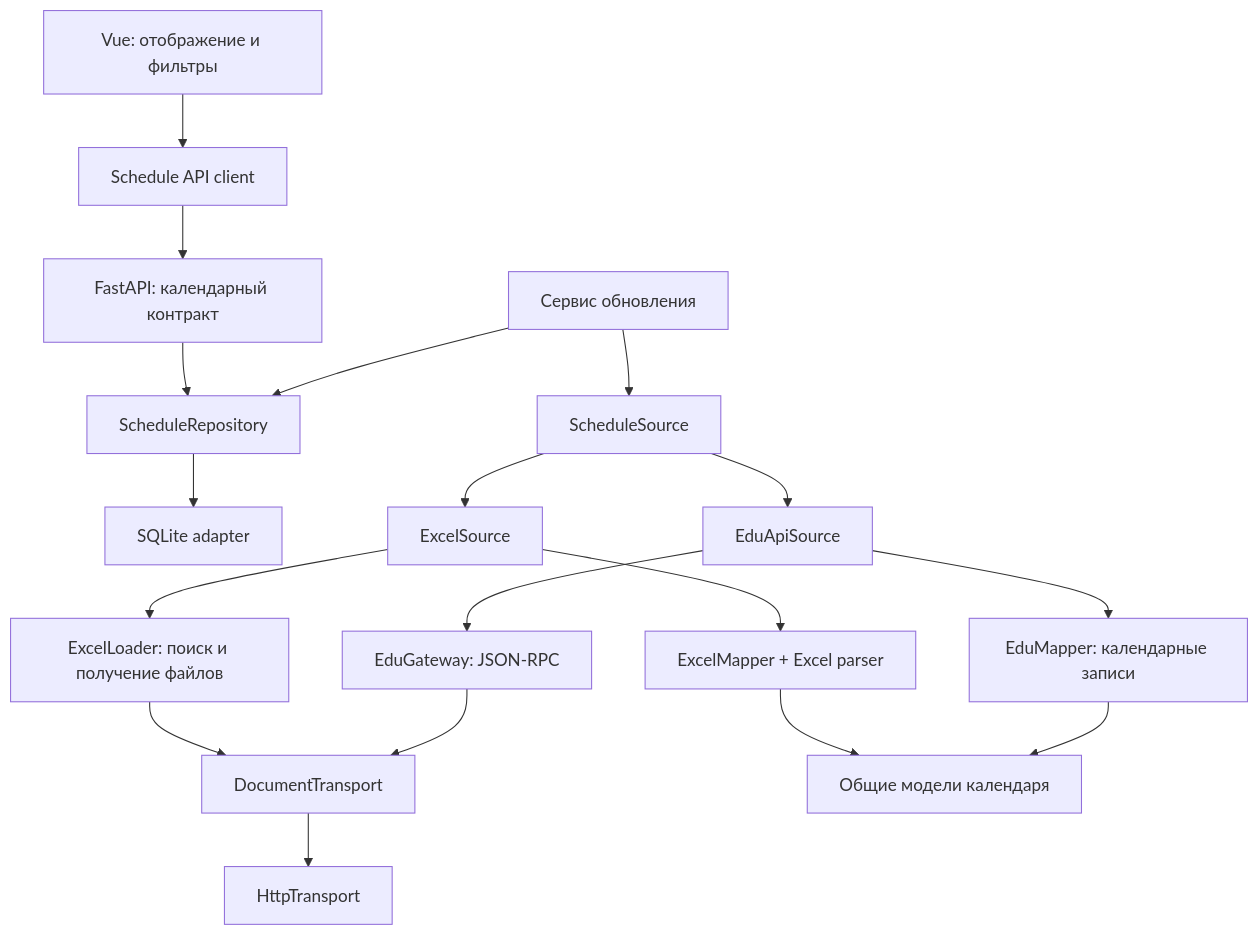
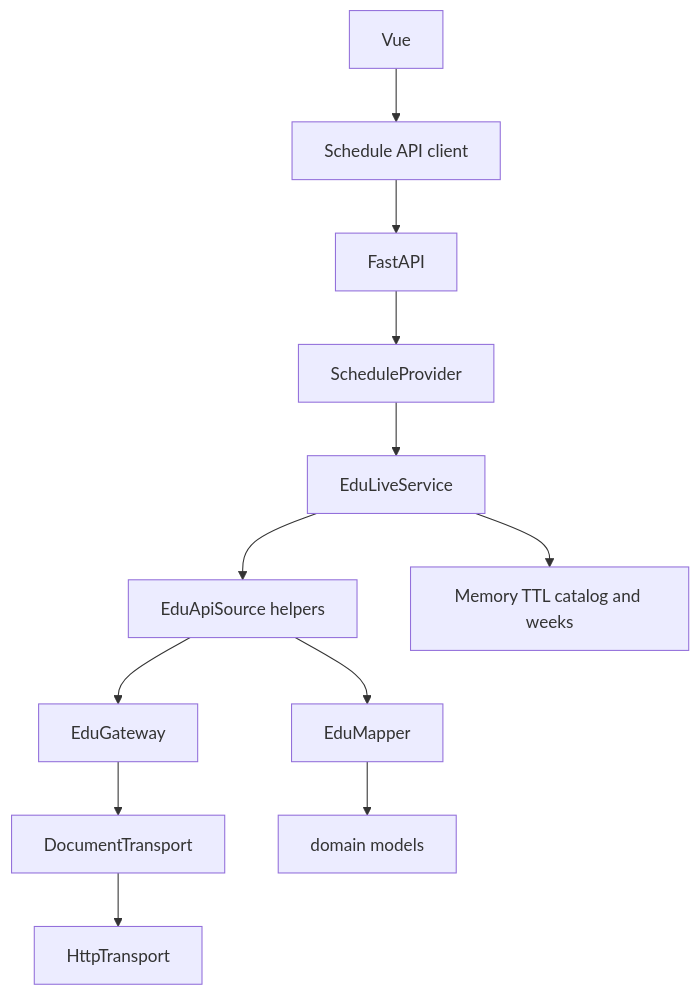
The diagram in docs/architecture.md (XLasel/misisync), drawn with Mermaid before and after one commit. The commit also changed other lines of this file and 30 other files, not shown here.

Commit message:
Refactor schedule source handling to utilize live JSON-RPC from edu.misis.ru, removing Excel adapter and related configurations. Update environment variables and README to reflect changes in data source and caching settings. Clean up unused code and dependencies in backend.

````diff
--- a/docs/architecture.md
+++ b/docs/architecture.md
@@ -5,20 +5,14 @@
 ```mermaid
 flowchart TD
-    UI[Vue: отображение и фильтры] --> Client[Schedule API client]
-    Client --> HTTPAPI[FastAPI: календарный контракт]
-    HTTPAPI --> RepoPort[ScheduleRepository]
-    RepoPort --> SQLite[SQLite adapter]
-    Update[Сервис обновления] --> SourcePort[ScheduleSource]
-    Update --> RepoPort
-    SourcePort --> Excel[ExcelSource]
-    SourcePort --> Edu[EduApiSource]
-    Excel --> Loader[ExcelLoader: поиск и получение файлов]
-    Excel --> ExcelMap[ExcelMapper + Excel parser]
-    Edu --> Gateway[EduGateway: JSON-RPC]
-    Edu --> EduMap[EduMapper: календарные записи]
-    Loader --> Transport[DocumentTransport]
-    Gateway --> Transport
+    UI[Vue] --> Client[Schedule API client]
+    Client --> HTTPAPI[FastAPI]
+    HTTPAPI --> Provider[ScheduleProvider]
+    Provider --> Live[EduLiveService]
+    Live --> Edu[EduApiSource helpers]
+    Edu --> Gateway[EduGateway]
+    Edu --> EduMap[EduMapper]
+    Gateway --> Transport[DocumentTransport]
     Transport --> HTTP[HttpTransport]
-    ExcelMap --> Domain[Общие модели календаря]
-    EduMap --> Domain
+    Live --> MemCache[Memory TTL catalog and weeks]
+    EduMap --> Domain[domain models]
 ```
````
